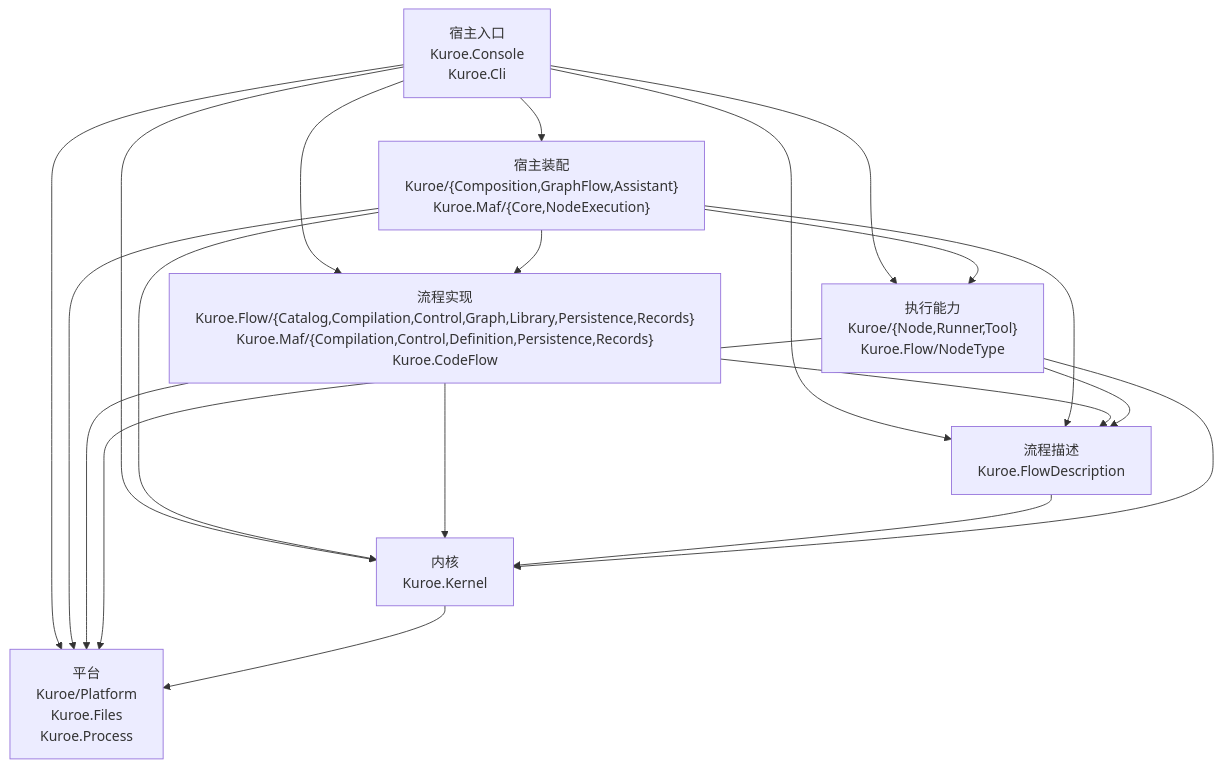
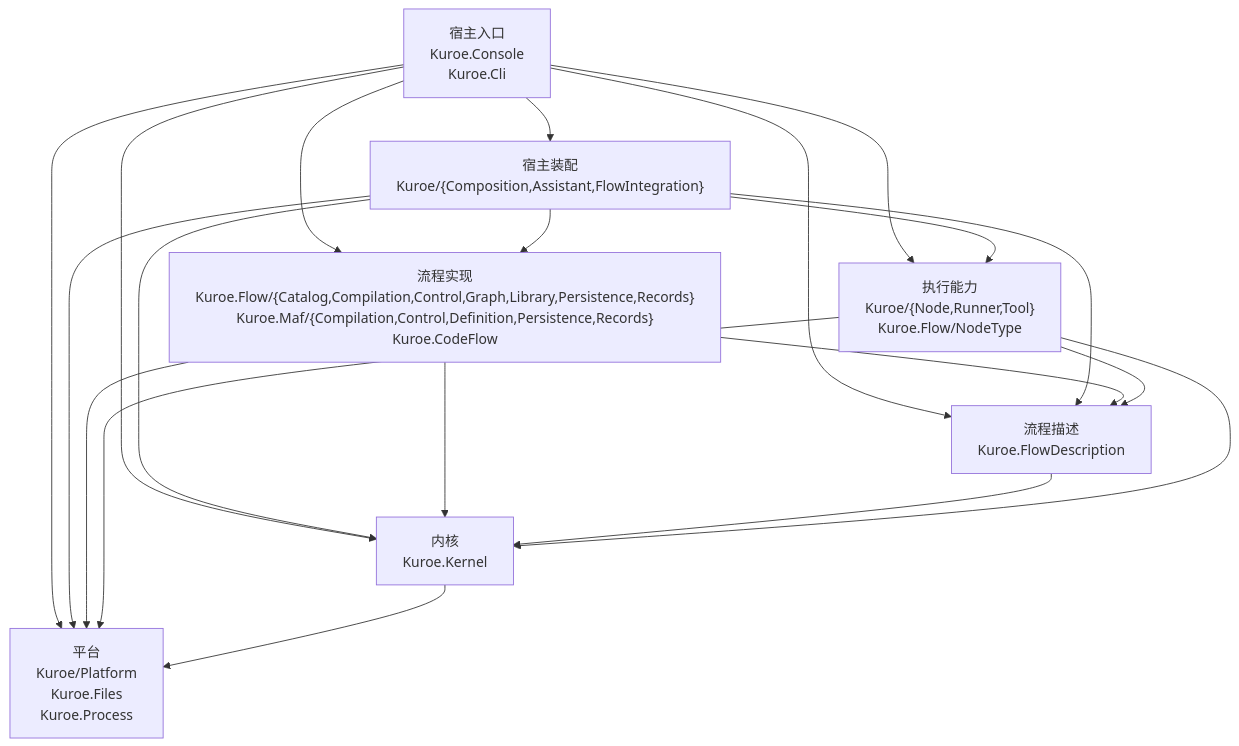
Before and after one commit to DrMelt/Kuroe: the diagram in docs/dev/architecture/functional-boundary/index.md, drawn with Mermaid. The commit also changed 58 other files, not shown here.

Commit message:
宿主装配归入 FlowIntegration 目录，图流程与 MAF 装配项目同步改名，删除 MAF 节点执行装配项目

````diff
--- a/docs/dev/architecture/functional-boundary/index.md
+++ b/docs/dev/architecture/functional-boundary/index.md
@@ -3,30 +3,30 @@
 ```mermaid
 flowchart TD
     LEntry["宿主入口<br>Kuroe.Console<br>Kuroe.Cli"]
-    LAssembly["宿主装配<br>Kuroe/{Composition,GraphFlow,Assistant}<br>Kuroe.Maf/{Core,NodeExecution}"]
+    LAssembly["宿主装配<br>Kuroe/{Composition,Assistant,FlowIntegration}"]
     LFlow["流程实现<br>Kuroe.Flow/{Catalog,Compilation,Control,Graph,Library,Persistence,Records}<br>Kuroe.Maf/{Compilation,Control,Definition,Persistence,Records}<br>Kuroe.CodeFlow"]
     LDescription["流程描述<br>Kuroe.FlowDescription"]
     LAbility["执行能力<br>Kuroe/{Node,Runner,Tool}<br>Kuroe.Flow/NodeType"]
     LKernel["内核<br>Kuroe.Kernel"]
     LPlatform["平台<br>Kuroe/Platform<br>Kuroe.Files<br>Kuroe.Process"]
 
     LEntry --> LAssembly
     LEntry --> LFlow
     LEntry --> LDescription
     LEntry --> LAbility
     LEntry --> LKernel
     LEntry --> LPlatform
     LAssembly --> LFlow
     LAssembly --> LDescription
     LAssembly --> LAbility
     LAssembly --> LKernel
     LAssembly --> LPlatform
     LFlow --> LDescription
     LFlow --> LKernel
     LFlow --> LPlatform
     LDescription --> LKernel
     LAbility --> LDescription
     LAbility --> LKernel
     LAbility --> LPlatform
     LKernel --> LPlatform
 ```
````
